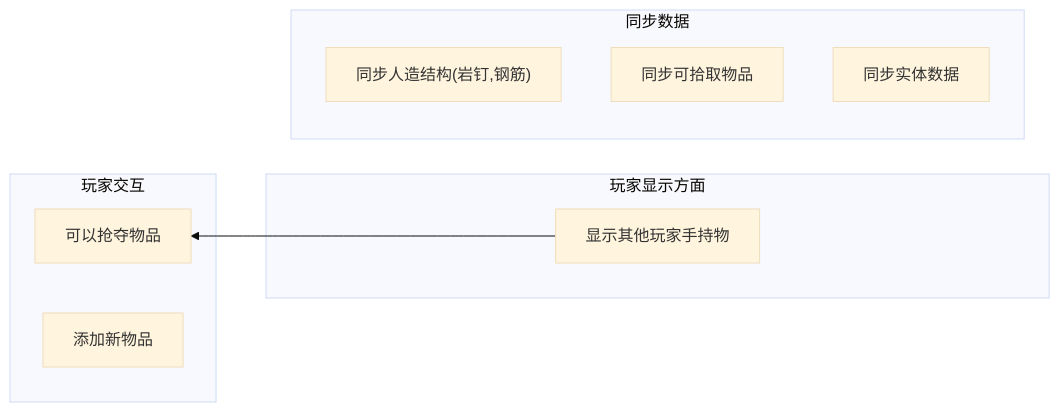
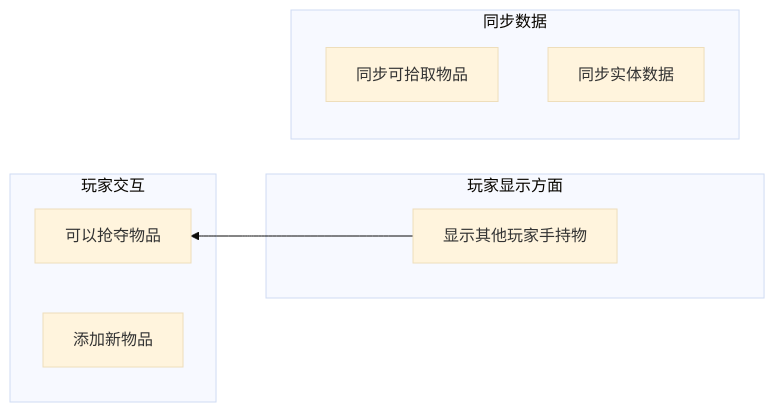
The diagram in README_CN.md (Shen-X-L/WKMultiMod), drawn with Mermaid (base theme) before and after one commit. The commit also changed other lines of this file and 4 other files, not shown here.

````diff
--- a/README_CN.md
+++ b/README_CN.md
@@ -18,23 +18,22 @@
 ```mermaid
 graph RL
     %% 模块 1:玩家显示方面
     subgraph 玩家显示方面
         1d[显示其他玩家手持物]
     end
 
     %% 模块 2:玩家交互
     subgraph 玩家交互
         2b[可以抢夺物品]
         2c[添加新物品]
     end
 
     %% 模块 3:同步数据
     subgraph 同步数据
-        3a["同步人造结构(岩钉,钢筋)"]
         3c[同步可拾取物品]
         3e[同步实体数据]
     end
 
     %% 依赖关系连接 (跨模块和模块内)
     1d --> 2b
 ```
````
